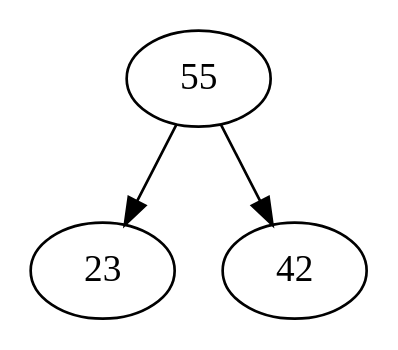
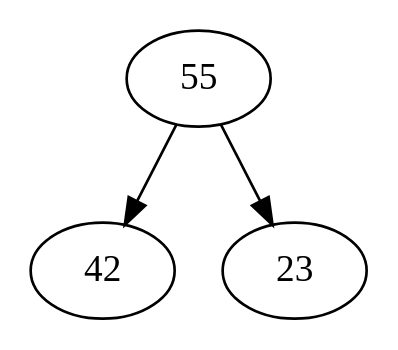
Before and after one commit to peter-fogg/treeviz: the diagram in test.dot, drawn with Graphviz. The commit also changed 1 other file, not shown here.

```diff
--- a/test.dot
+++ b/test.dot
@@ -1,8 +1,8 @@
 digraph {
 node_0 [label=55]
-node_1 [label=23]
-_1 [label=42]
+node_1 [label=42]
+_1 [label=23]
 node_0 -> node_1
 node_0 -> _1
 
 }
```
